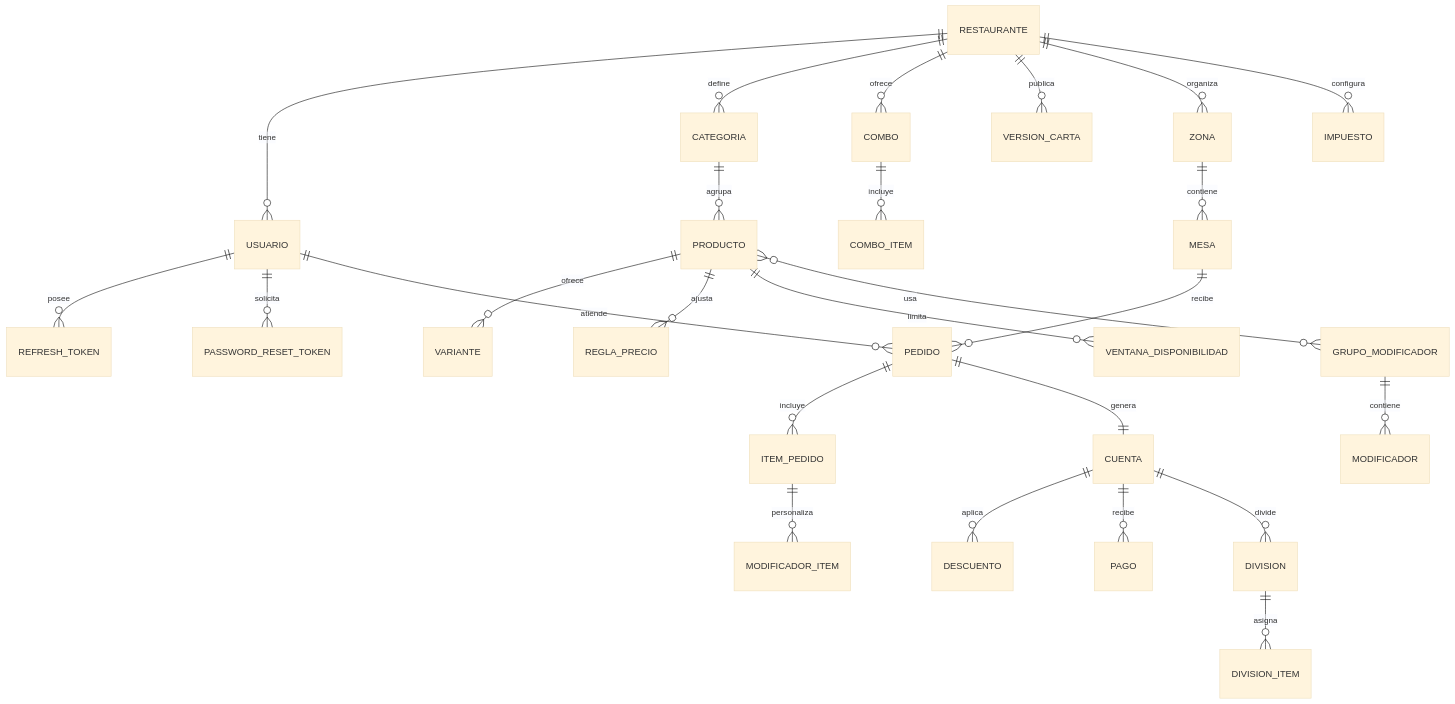
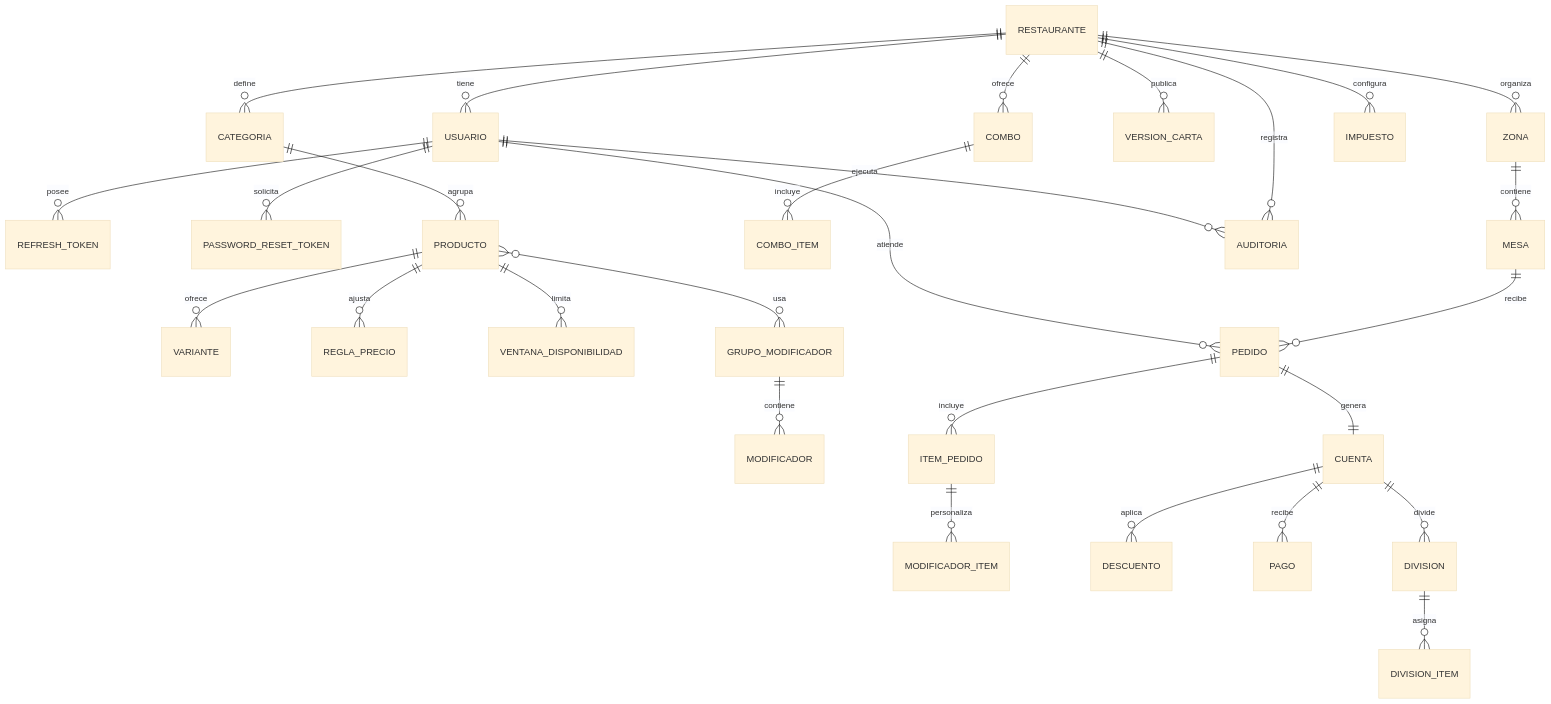
One commit to NicolasSRC/comanda-api changed the second of 2 diagrams in README.md. Above: the diagram before and after it, drawn with Mermaid (base theme). The commit also changed other lines of this file and 27 other files, not shown here.

````diff
--- a/README.md
+++ b/README.md
@@ -414,28 +475,30 @@
 ```mermaid
 erDiagram
     RESTAURANTE ||--o{ USUARIO : tiene
     USUARIO ||--o{ REFRESH_TOKEN : posee
     USUARIO ||--o{ PASSWORD_RESET_TOKEN : solicita
     RESTAURANTE ||--o{ CATEGORIA : define
     CATEGORIA ||--o{ PRODUCTO : agrupa
     PRODUCTO ||--o{ VARIANTE : ofrece
     PRODUCTO ||--o{ REGLA_PRECIO : ajusta
     PRODUCTO ||--o{ VENTANA_DISPONIBILIDAD : limita
     PRODUCTO }o--o{ GRUPO_MODIFICADOR : usa
     GRUPO_MODIFICADOR ||--o{ MODIFICADOR : contiene
     RESTAURANTE ||--o{ COMBO : ofrece
     COMBO ||--o{ COMBO_ITEM : incluye
     RESTAURANTE ||--o{ VERSION_CARTA : publica
     RESTAURANTE ||--o{ ZONA : organiza
     ZONA ||--o{ MESA : contiene
     MESA ||--o{ PEDIDO : recibe
     USUARIO ||--o{ PEDIDO : atiende
     PEDIDO ||--o{ ITEM_PEDIDO : incluye
     ITEM_PEDIDO ||--o{ MODIFICADOR_ITEM : personaliza
     RESTAURANTE ||--o{ IMPUESTO : configura
     PEDIDO ||--|| CUENTA : genera
     CUENTA ||--o{ DESCUENTO : aplica
     CUENTA ||--o{ PAGO : recibe
     CUENTA ||--o{ DIVISION : divide
     DIVISION ||--o{ DIVISION_ITEM : asigna
+    RESTAURANTE ||--o{ AUDITORIA : registra
+    USUARIO ||--o{ AUDITORIA : ejecuta
 ```
````
